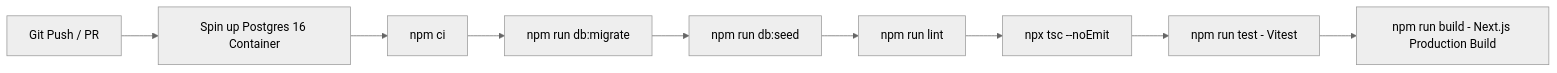
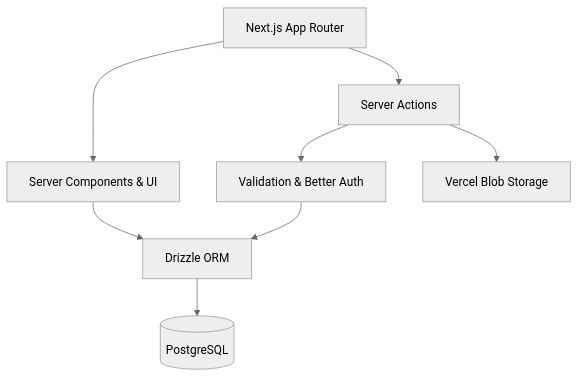
Before and after one commit to Jyatin/beyond-the-rumour-mill-team: the diagram in README.md, drawn with Mermaid (neutral theme). The commit also changed other lines of this file, not shown here.

````diff
--- a/README.md
+++ b/README.md
@@ -314,11 +53,10 @@
 ```mermaid
-flowchart LR
-    A[Git Push / PR] --> B[Spin up Postgres 16 Container]
-    B --> C[npm ci]
-    C --> D[npm run db:migrate]
-    D --> E[npm run db:seed]
-    E --> F[npm run lint]
-    F --> G[npx tsc --noEmit]
-    G --> H[npm run test - Vitest]
-    H --> I[npm run build - Next.js Production Build]
+flowchart TD
+    A[Next.js App Router] --> B[Server Components & UI]
+    A --> C[Server Actions]
+    C --> D[Validation & Better Auth]
+    B --> E[Drizzle ORM]
+    D --> E
+    E --> F[(PostgreSQL)]
+    C --> G[Vercel Blob Storage]
 ```
````
